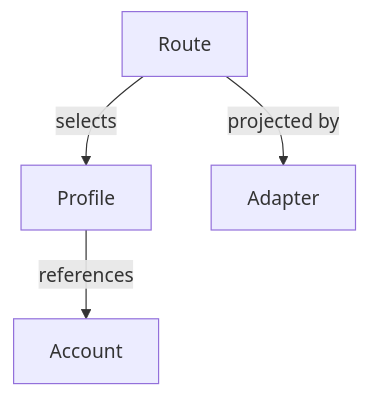
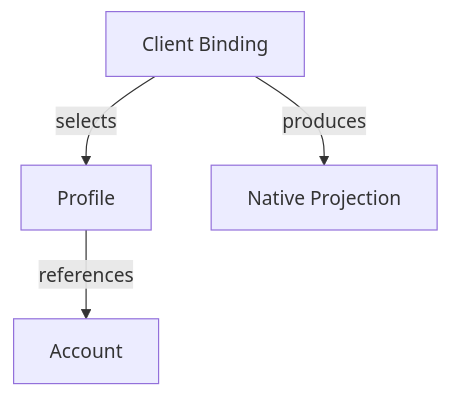
Before and after one commit to HengYangDS/aigw-cli: the diagram in docs/concepts/product-concepts.md, drawn with Mermaid. The commit also changed other lines of this file and 146 other files, not shown here.

Commit message:
refactor(config): unify client binding authority

````diff
--- a/docs/concepts/product-concepts.md
+++ b/docs/concepts/product-concepts.md
@@ -8,8 +8,8 @@
 ```mermaid
 flowchart TB
     accTitle: References among the four configuration entities
-    accDescr: A client Route selects a Profile, which names an Account. An Adapter projects the selected configuration into its native client. Account Tokens remain in a separate backend.
-    R["Route"] -->|selects| P["Profile"]
+    accDescr: A Client Binding selects a reusable Profile, which names an Account. The binding is projected into one native client while Account Tokens remain in a separate backend.
+    B["Client Binding"] -->|selects| P["Profile"]
     P -->|references| A["Account"]
-    R -->|projected by| D["Adapter"]
+    B -->|produces| N["Native Projection"]
 ```
````
